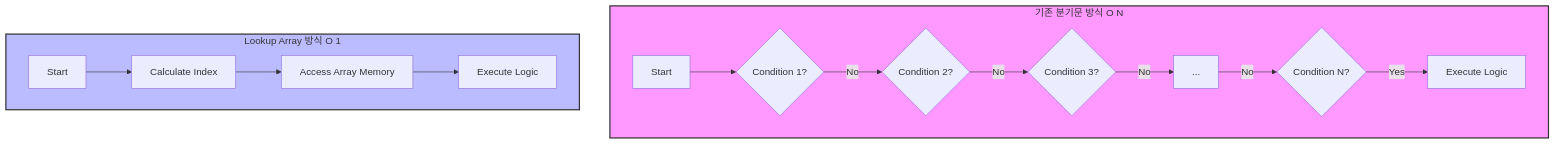
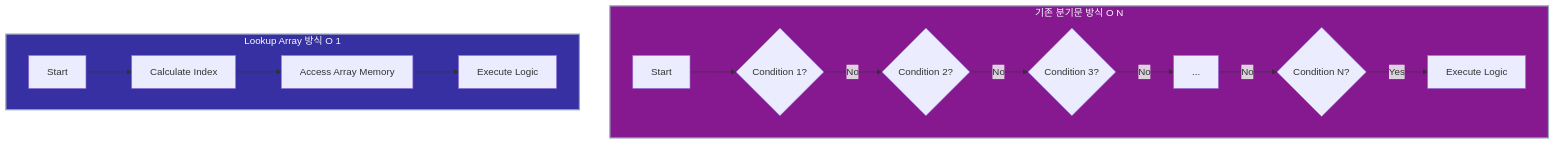
The diagram in _posts/java/02-array-structure/2025-12-21-lookup-배열-(lookup-array)의-개념과-활용.md (Kang-Hyesung/kang-hyesung.github.io), drawn with Mermaid before and after one commit. The commit also changed 74 other files, not shown here.

Commit message:
docs: update post visibility and mermaid colors

````diff
--- a/_posts/java/02-array-structure/2025-12-21-lookup-배열-(lookup-array)의-개념과-활용.md
+++ b/_posts/java/02-array-structure/2025-12-21-lookup-배열-(lookup-array)의-개념과-활용.md
@@ -27,21 +27,21 @@
 ```mermaid
 graph TD;
     subgraph Traditional [기존 분기문 방식 O N]
     A[Start] --> B{Condition 1?};
     B -- No --> C{Condition 2?};
     C -- No --> D{Condition 3?};
     D -- No --> E[...];
     E -- No --> F{Condition N?};
     F -- Yes --> G[Execute Logic];
     end
 
     subgraph Lookup [Lookup Array 방식 O 1]
     H[Start] --> I[Calculate Index];
     I --> J[Access Array Memory];
     J --> K[Execute Logic];
     end
 
-    style Traditional fill:#f9f,stroke:#333,stroke-width:2px
-    style Lookup fill:#bbf,stroke:#333,stroke-width:2px
+    style Traditional fill:#86198f,stroke:#94a3b8,stroke-width:2px,color:#f8fafc
+    style Lookup fill:#3730a3,stroke:#94a3b8,stroke-width:2px,color:#f8fafc
 
 ```
````
